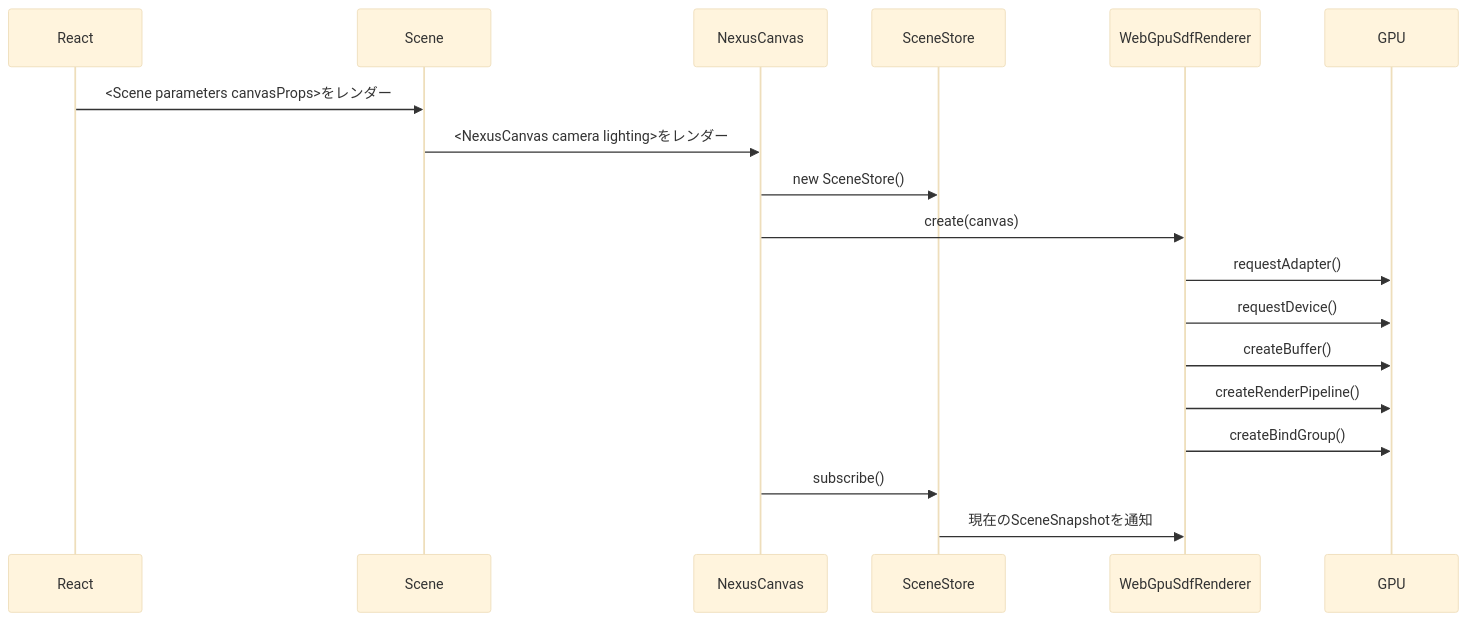
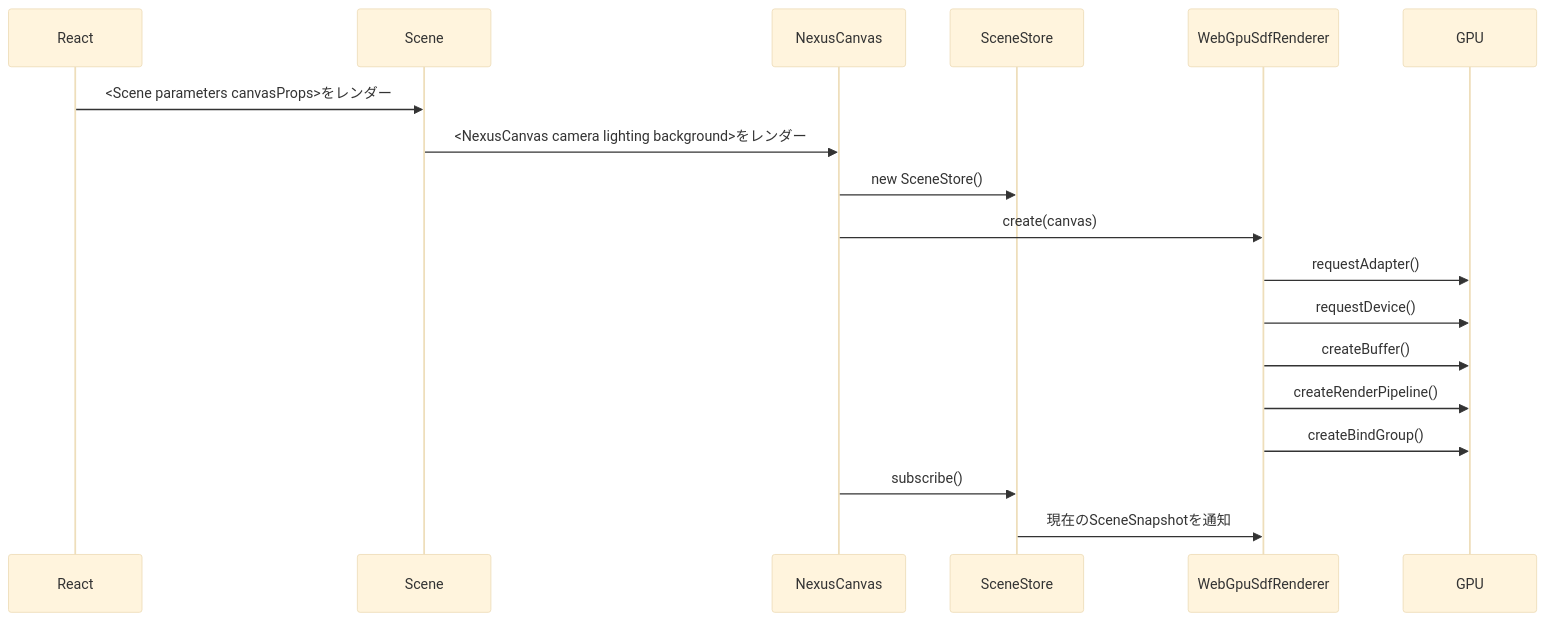
Before and after one commit to wakufactory/NexusGPU: the first of 5 diagrams in docs/architecture.md, drawn with Mermaid (base theme). The commit also changed other lines of this file and 2 other files, not shown here.

````diff
--- a/docs/architecture.md
+++ b/docs/architecture.md
@@ -704,21 +739,21 @@
 ```mermaid
 sequenceDiagram
   participant React
   participant Scene
   participant NexusCanvas
   participant SceneStore
   participant Renderer as WebGpuSdfRenderer
   participant GPU
 
   React->>Scene: <Scene parameters canvasProps>をレンダー
-  Scene->>NexusCanvas: <NexusCanvas camera lighting>をレンダー
+  Scene->>NexusCanvas: <NexusCanvas camera lighting background>をレンダー
   NexusCanvas->>SceneStore: new SceneStore()
   NexusCanvas->>Renderer: create(canvas)
   Renderer->>GPU: requestAdapter()
   Renderer->>GPU: requestDevice()
   Renderer->>GPU: createBuffer()
   Renderer->>GPU: createRenderPipeline()
   Renderer->>GPU: createBindGroup()
   NexusCanvas->>SceneStore: subscribe()
   SceneStore->>Renderer: 現在のSceneSnapshotを通知
 ```
````
